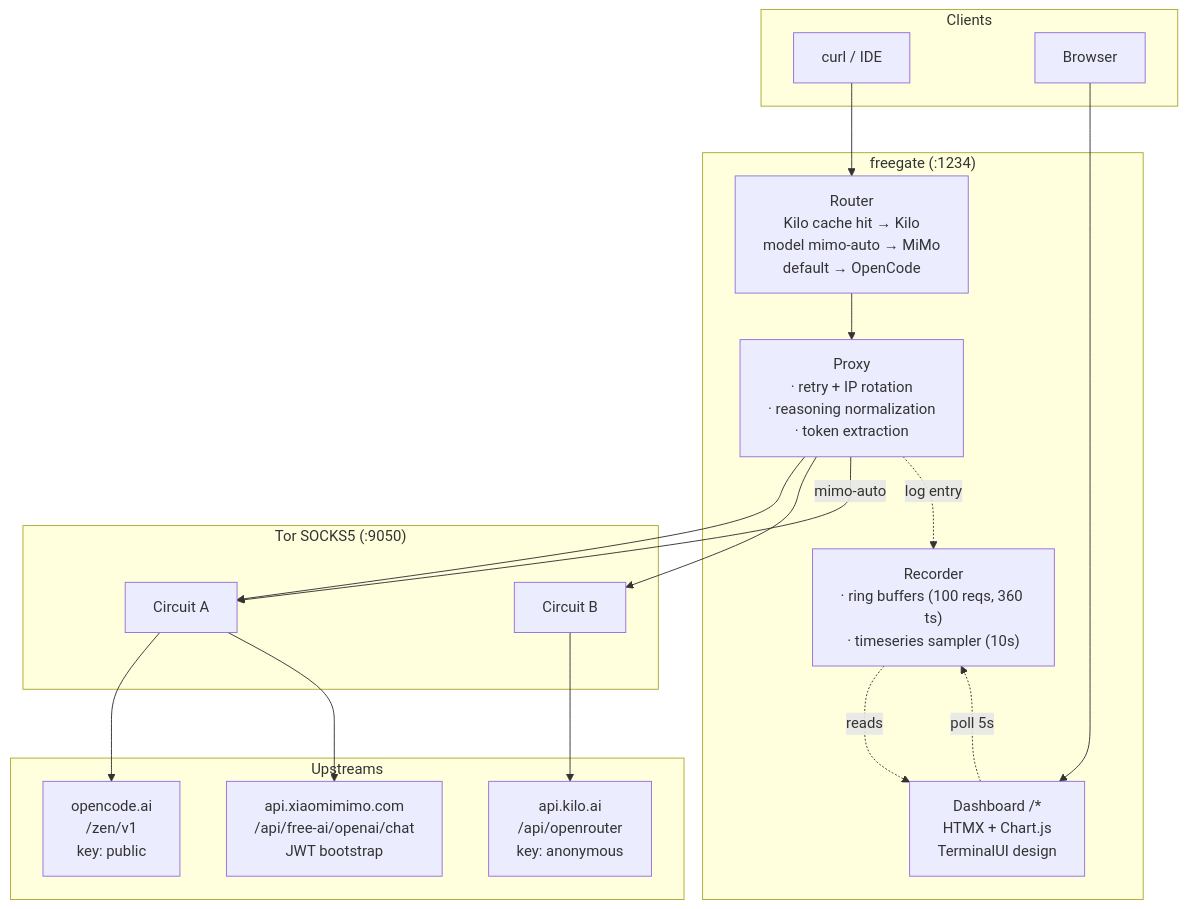
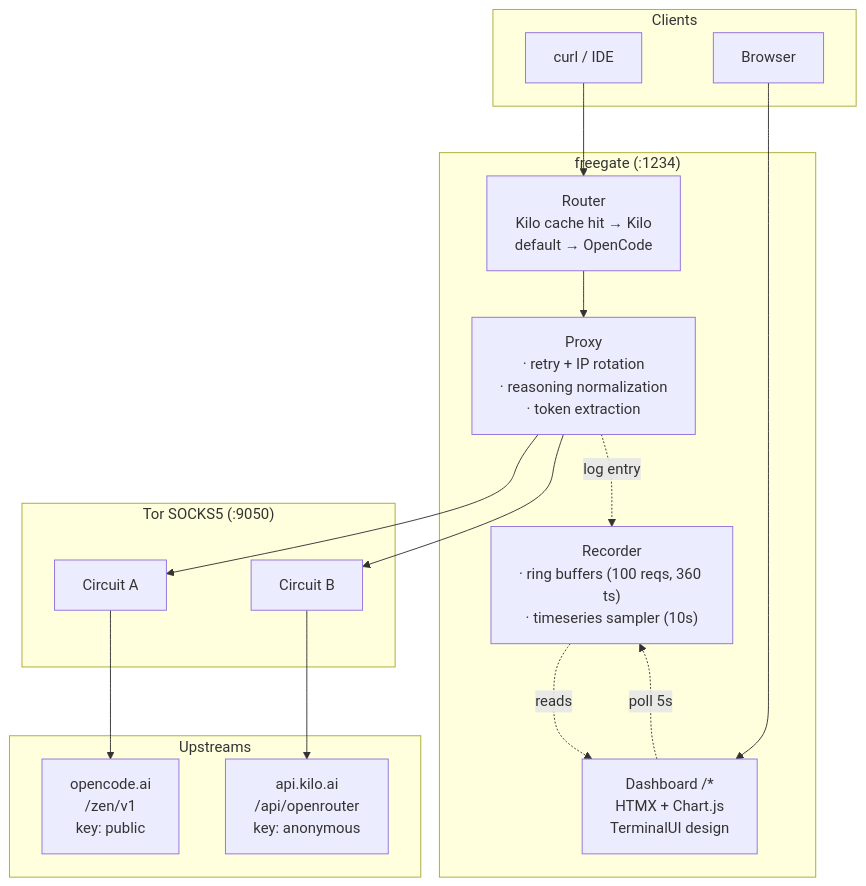
One commit to nofendian17/freegate changed the diagram in README.md. Above: the diagram before and after it, drawn with Mermaid. The commit also changed other lines of this file and 10 other files, not shown here.

First line of the commit message:
chore: remove deprecated mimo-free upstream

````diff
--- a/README.md
+++ b/README.md
@@ -203,38 +200,35 @@
 ```mermaid
 flowchart TB
     subgraph Clients["Clients"]
         CLI["curl / IDE"]
         Browser["Browser"]
     end
 
     subgraph Freegate["freegate (:1234)"]
-        Router["Router<br/>Kilo cache hit → Kilo<br/>model mimo-auto → MiMo<br/>default → OpenCode"]
+        Router["Router<br/>Kilo cache hit → Kilo<br/>default → OpenCode"]
         Proxy["Proxy<br/>· retry + IP rotation<br/>· reasoning normalization<br/>· token extraction"]
         Dashboard["Dashboard /*<br/>HTMX + Chart.js<br/>TerminalUI design"]
         Recorder["Recorder<br/>· ring buffers (100 reqs, 360 ts)<br/>· timeseries sampler (10s)"]
     end
 
     subgraph Tor["Tor SOCKS5 (:9050)"]
         Tor1["Circuit A"]
         Tor2["Circuit B"]
     end
 
     subgraph Upstreams["Upstreams"]
         OC["opencode.ai<br/>/zen/v1<br/>key: public"]
         Kilo["api.kilo.ai<br/>/api/openrouter<br/>key: anonymous"]
-        MiMo["api.xiaomimimo.com<br/>/api/free-ai/openai/chat<br/>JWT bootstrap"]
     end
 
     CLI --> Router
     Router --> Proxy
     Proxy --> Tor1
     Proxy --> Tor2
     Tor1 --> OC
     Tor2 --> Kilo
-    Proxy -->|"mimo-auto"| Tor1
-    Tor1 --> MiMo
     Proxy -.->|"log entry"| Recorder
     Recorder -.->|"reads"| Dashboard
     Browser --> Dashboard
     Dashboard -.->|"poll 5s"| Recorder
 ```
````
